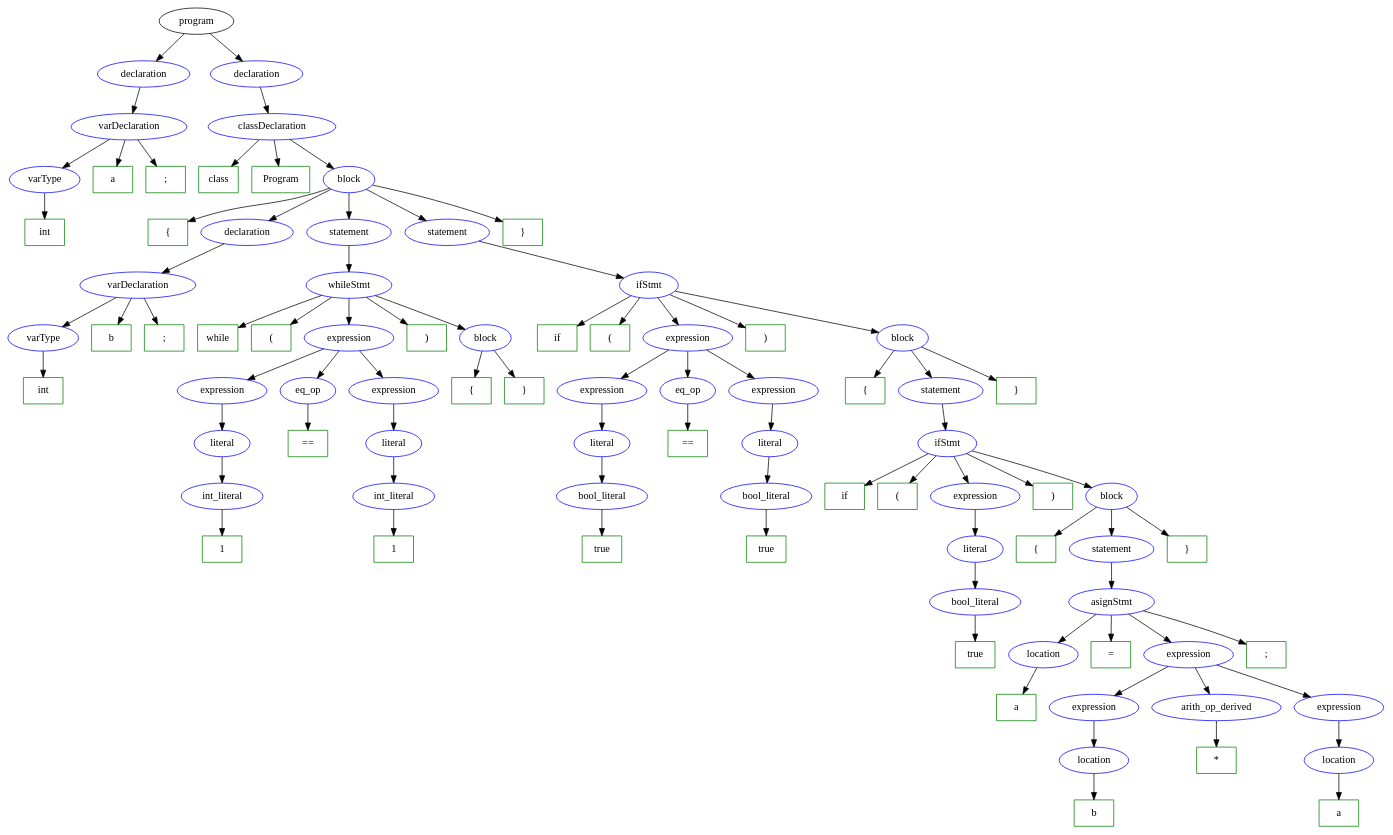
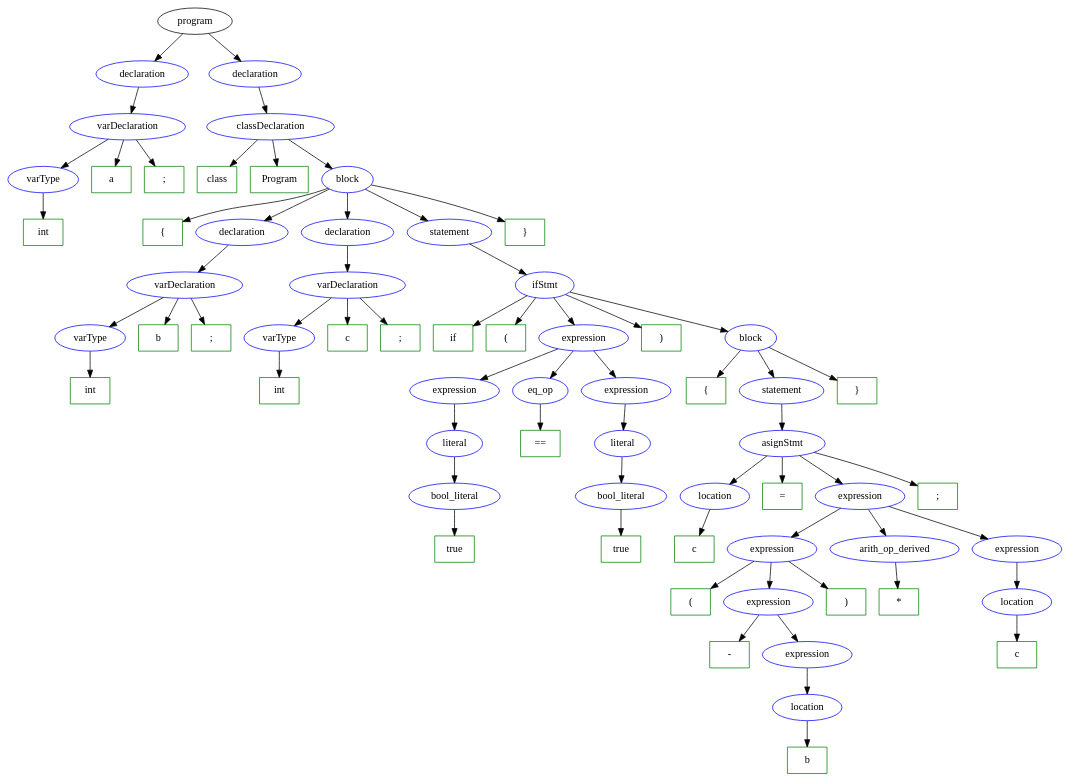
One commit to jav-ram/compis2 changed the diagram in web/static/img/tree.gv. Above: the diagram before and after it, drawn with Graphviz. The commit also changed 5 other files, not shown here.

```diff
--- a/web/static/img/tree.gv
+++ b/web/static/img/tree.gv
@@ -1,172 +1,132 @@
 // gramatic
 digraph Gramatica {
 	0 [label=program]
 	1 [label=declaration color=blue shape=ellipse]
 	0 -> 1
 	2 [label=varDeclaration color=blue shape=ellipse]
 	1 -> 2
 	3 [label=varType color=blue shape=ellipse]
 	2 -> 3
 	4 [label=int color=green shape=rectangle]
 	3 -> 4
 	5 [label=a color=green shape=rectangle]
 	2 -> 5
 	6 [label=";" color=green shape=rectangle]
 	2 -> 6
 	7 [label=declaration color=blue shape=ellipse]
 	0 -> 7
 	8 [label=classDeclaration color=blue shape=ellipse]
 	7 -> 8
 	9 [label=class color=green shape=rectangle]
 	8 -> 9
 	10 [label=Program color=green shape=rectangle]
 	8 -> 10
 	11 [label=block color=blue shape=ellipse]
 	8 -> 11
 	12 [label="{" color=green shape=rectangle]
 	11 -> 12
 	13 [label=declaration color=blue shape=ellipse]
 	11 -> 13
 	14 [label=varDeclaration color=blue shape=ellipse]
 	13 -> 14
 	15 [label=varType color=blue shape=ellipse]
 	14 -> 15
 	16 [label=int color=green shape=rectangle]
 	15 -> 16
 	17 [label=b color=green shape=rectangle]
 	14 -> 17
 	18 [label=";" color=green shape=rectangle]
 	14 -> 18
-	19 [label=statement color=blue shape=ellipse]
+	19 [label=declaration color=blue shape=ellipse]
 	11 -> 19
-	20 [label=whileStmt color=blue shape=ellipse]
+	20 [label=varDeclaration color=blue shape=ellipse]
 	19 -> 20
-	21 [label=while color=green shape=rectangle]
+	21 [label=varType color=blue shape=ellipse]
 	20 -> 21
-	22 [label="(" color=green shape=rectangle]
-	20 -> 22
-	23 [label=expression color=blue shape=ellipse]
+	22 [label=int color=green shape=rectangle]
+	21 -> 22
+	23 [label=c color=green shape=rectangle]
 	20 -> 23
-	24 [label=expression color=blue shape=ellipse]
-	23 -> 24
-	25 [label=literal color=blue shape=ellipse]
-	24 -> 25
-	26 [label=int_literal color=blue shape=ellipse]
+	24 [label=";" color=green shape=rectangle]
+	20 -> 24
+	25 [label=statement color=blue shape=ellipse]
+	11 -> 25
+	26 [label=ifStmt color=blue shape=ellipse]
 	25 -> 26
-	27 [label=1 color=green shape=rectangle]
+	27 [label=if color=green shape=rectangle]
 	26 -> 27
-	28 [label=eq_op color=blue shape=ellipse]
-	23 -> 28
-	29 [label="==" color=green shape=rectangle]
-	28 -> 29
+	28 [label="(" color=green shape=rectangle]
+	26 -> 28
+	29 [label=expression color=blue shape=ellipse]
+	26 -> 29
 	30 [label=expression color=blue shape=ellipse]
-	23 -> 30
+	29 -> 30
 	31 [label=literal color=blue shape=ellipse]
 	30 -> 31
-	32 [label=int_literal color=blue shape=ellipse]
+	32 [label=bool_literal color=blue shape=ellipse]
 	31 -> 32
-	33 [label=1 color=green shape=rectangle]
+	33 [label=true color=green shape=rectangle]
 	32 -> 33
-	34 [label=")" color=green shape=rectangle]
-	20 -> 34
-	35 [label=block color=blue shape=ellipse]
-	20 -> 35
-	36 [label="{" color=green shape=rectangle]
-	35 -> 36
-	37 [label="}" color=green shape=rectangle]
-	35 -> 37
-	38 [label=statement color=blue shape=ellipse]
-	11 -> 38
-	39 [label=ifStmt color=blue shape=ellipse]
+	34 [label=eq_op color=blue shape=ellipse]
+	29 -> 34
+	35 [label="==" color=green shape=rectangle]
+	34 -> 35
+	36 [label=expression color=blue shape=ellipse]
+	29 -> 36
+	37 [label=literal color=blue shape=ellipse]
+	36 -> 37
+	38 [label=bool_literal color=blue shape=ellipse]
+	37 -> 38
+	39 [label=true color=green shape=rectangle]
 	38 -> 39
-	40 [label=if color=green shape=rectangle]
-	39 -> 40
-	41 [label="(" color=green shape=rectangle]
-	39 -> 41
-	42 [label=expression color=blue shape=ellipse]
-	39 -> 42
-	43 [label=expression color=blue shape=ellipse]
-	42 -> 43
-	44 [label=literal color=blue shape=ellipse]
+	40 [label=")" color=green shape=rectangle]
+	26 -> 40
+	41 [label=block color=blue shape=ellipse]
+	26 -> 41
+	42 [label="{" color=green shape=rectangle]
+	41 -> 42
+	43 [label=statement color=blue shape=ellipse]
+	41 -> 43
+	44 [label=asignStmt color=blue shape=ellipse]
 	43 -> 44
-	45 [label=bool_literal color=blue shape=ellipse]
+	45 [label=location color=blue shape=ellipse]
 	44 -> 45
-	46 [label=true color=green shape=rectangle]
+	46 [label=c color=green shape=rectangle]
 	45 -> 46
-	47 [label=eq_op color=blue shape=ellipse]
-	42 -> 47
-	48 [label="==" color=green shape=rectangle]
-	47 -> 48
+	47 [label="=" color=green shape=rectangle]
+	44 -> 47
+	48 [label=expression color=blue shape=ellipse]
+	44 -> 48
 	49 [label=expression color=blue shape=ellipse]
-	42 -> 49
-	50 [label=literal color=blue shape=ellipse]
+	48 -> 49
+	50 [label="(" color=green shape=rectangle]
 	49 -> 50
-	51 [label=bool_literal color=blue shape=ellipse]
-	50 -> 51
-	52 [label=true color=green shape=rectangle]
+	51 [label=expression color=blue shape=ellipse]
+	49 -> 51
+	52 [label="-" color=green shape=rectangle]
 	51 -> 52
-	53 [label=")" color=green shape=rectangle]
-	39 -> 53
-	54 [label=block color=blue shape=ellipse]
-	39 -> 54
-	55 [label="{" color=green shape=rectangle]
+	53 [label=expression color=blue shape=ellipse]
+	51 -> 53
+	54 [label=location color=blue shape=ellipse]
+	53 -> 54
+	55 [label=b color=green shape=rectangle]
 	54 -> 55
-	56 [label=statement color=blue shape=ellipse]
-	54 -> 56
-	57 [label=ifStmt color=blue shape=ellipse]
-	56 -> 57
-	58 [label=if color=green shape=rectangle]
+	56 [label=")" color=green shape=rectangle]
+	49 -> 56
+	57 [label=arith_op_derived color=blue shape=ellipse]
+	48 -> 57
+	58 [label="*" color=green shape=rectangle]
 	57 -> 58
-	59 [label="(" color=green shape=rectangle]
-	57 -> 59
-	60 [label=expression color=blue shape=ellipse]
-	57 -> 60
-	61 [label=literal color=blue shape=ellipse]
+	59 [label=expression color=blue shape=ellipse]
+	48 -> 59
+	60 [label=location color=blue shape=ellipse]
+	59 -> 60
+	61 [label=c color=green shape=rectangle]
 	60 -> 61
-	62 [label=bool_literal color=blue shape=ellipse]
-	61 -> 62
-	63 [label=true color=green shape=rectangle]
-	62 -> 63
-	64 [label=")" color=green shape=rectangle]
-	57 -> 64
-	65 [label=block color=blue shape=ellipse]
-	57 -> 65
-	66 [label="{" color=green shape=rectangle]
-	65 -> 66
-	67 [label=statement color=blue shape=ellipse]
-	65 -> 67
-	68 [label=asignStmt color=blue shape=ellipse]
-	67 -> 68
-	69 [label=location color=blue shape=ellipse]
-	68 -> 69
-	70 [label=a color=green shape=rectangle]
-	69 -> 70
-	71 [label="=" color=green shape=rectangle]
-	68 -> 71
-	72 [label=expression color=blue shape=ellipse]
-	68 -> 72
-	73 [label=expression color=blue shape=ellipse]
-	72 -> 73
-	74 [label=location color=blue shape=ellipse]
-	73 -> 74
-	75 [label=b color=green shape=rectangle]
-	74 -> 75
-	76 [label=arith_op_derived color=blue shape=ellipse]
-	72 -> 76
-	77 [label="*" color=green shape=rectangle]
-	76 -> 77
-	78 [label=expression color=blue shape=ellipse]
-	72 -> 78
-	79 [label=location color=blue shape=ellipse]
-	78 -> 79
-	80 [label=a color=green shape=rectangle]
-	79 -> 80
-	81 [label=";" color=green shape=rectangle]
-	68 -> 81
-	82 [label="}" color=green shape=rectangle]
-	65 -> 82
-	83 [label="}" color=green shape=rectangle]
-	54 -> 83
-	84 [label="}" color=green shape=rectangle]
-	11 -> 84
+	62 [label=";" color=green shape=rectangle]
+	44 -> 62
+	63 [label="}" color=green shape=rectangle]
+	41 -> 63
+	64 [label="}" color=green shape=rectangle]
+	11 -> 64
 }
```
